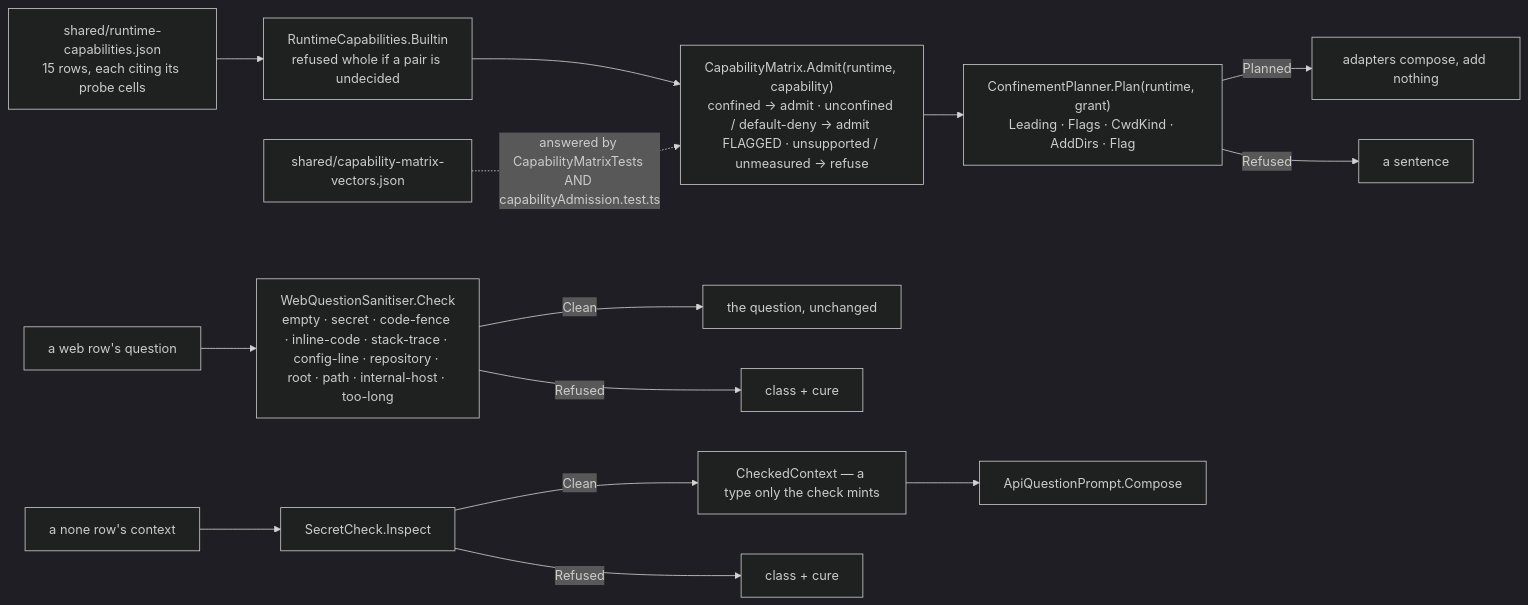
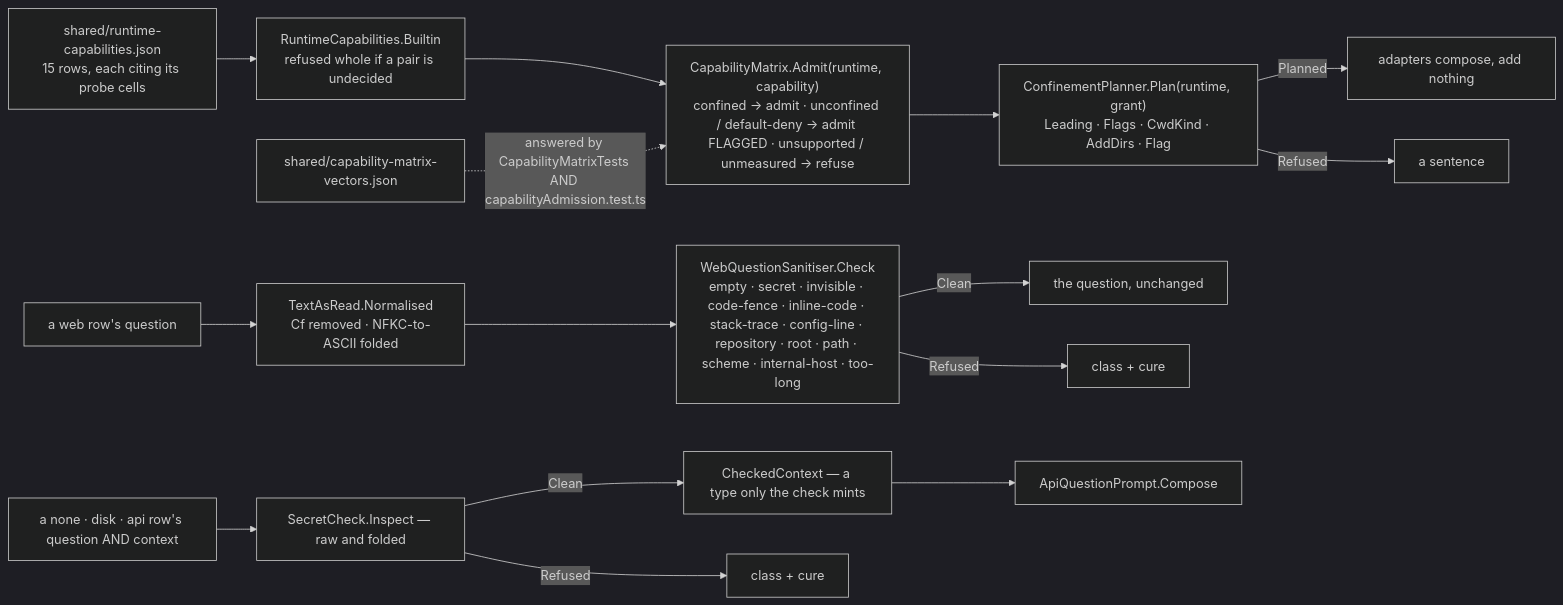
One commit to oleksandrdubyna88/dew_flow_connect_other_ais changed the seventh of 7 diagrams in research/module_core.md. Above: the diagram before and after it, drawn with Mermaid (dark theme). The commit also changed other lines of this file and 4 other files, not shown here.

````diff
--- a/research/module_core.md
+++ b/research/module_core.md
@@ -767,16 +768,17 @@
 ```mermaid
 flowchart LR
   seed["shared/runtime-capabilities.json<br/>15 rows, each citing its probe cells"] --> RC[RuntimeCapabilities.Builtin<br/>refused whole if a pair is undecided]
   RC --> CM["CapabilityMatrix.Admit(runtime, capability)<br/>confined → admit · unconfined / default-deny → admit FLAGGED · unsupported / unmeasured → refuse"]
   CM --> CP["ConfinementPlanner.Plan(runtime, grant)<br/>Leading · Flags · CwdKind · AddDirs · Flag"]
   CP -->|Planned| AD[adapters compose, add nothing]
   CP -->|Refused| X1[a sentence]
-  q[a web row's question] --> WS["WebQuestionSanitiser.Check<br/>empty · secret · code-fence · inline-code · stack-trace · config-line · repository · root · path · internal-host · too-long"]
+  q[a web row's question] --> TR["TextAsRead.Normalised<br/>Cf removed · NFKC-to-ASCII folded"]
+  TR --> WS["WebQuestionSanitiser.Check<br/>empty · secret · invisible · code-fence · inline-code · stack-trace · config-line · repository · root · path · scheme · internal-host · too-long"]
   WS -->|Clean| same[the question, unchanged]
   WS -->|Refused| X2[class + cure]
-  ctx[a none row's context] --> SC[SecretCheck.Inspect]
+  ctx[a none · disk · api row's question AND context] --> SC[SecretCheck.Inspect — raw and folded]
   SC -->|Clean| CC[CheckedContext — a type only the check mints]
   CC --> AP[ApiQuestionPrompt.Compose]
   SC -->|Refused| X3[class + cure]
   vectors["shared/capability-matrix-vectors.json"] -. "answered by CapabilityMatrixTests AND capabilityAdmission.test.ts" .-> CM
 ```
````
